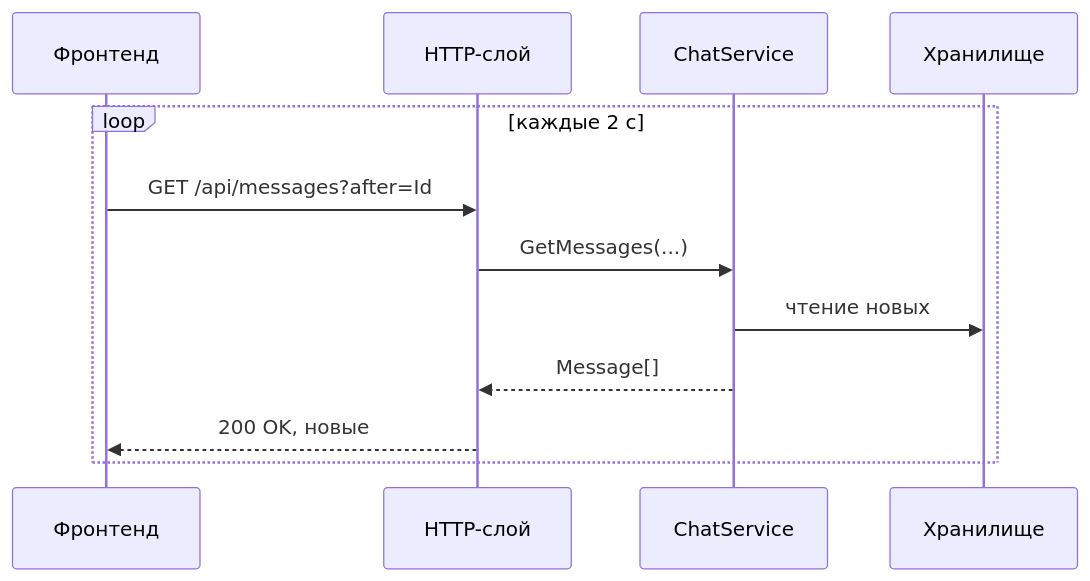
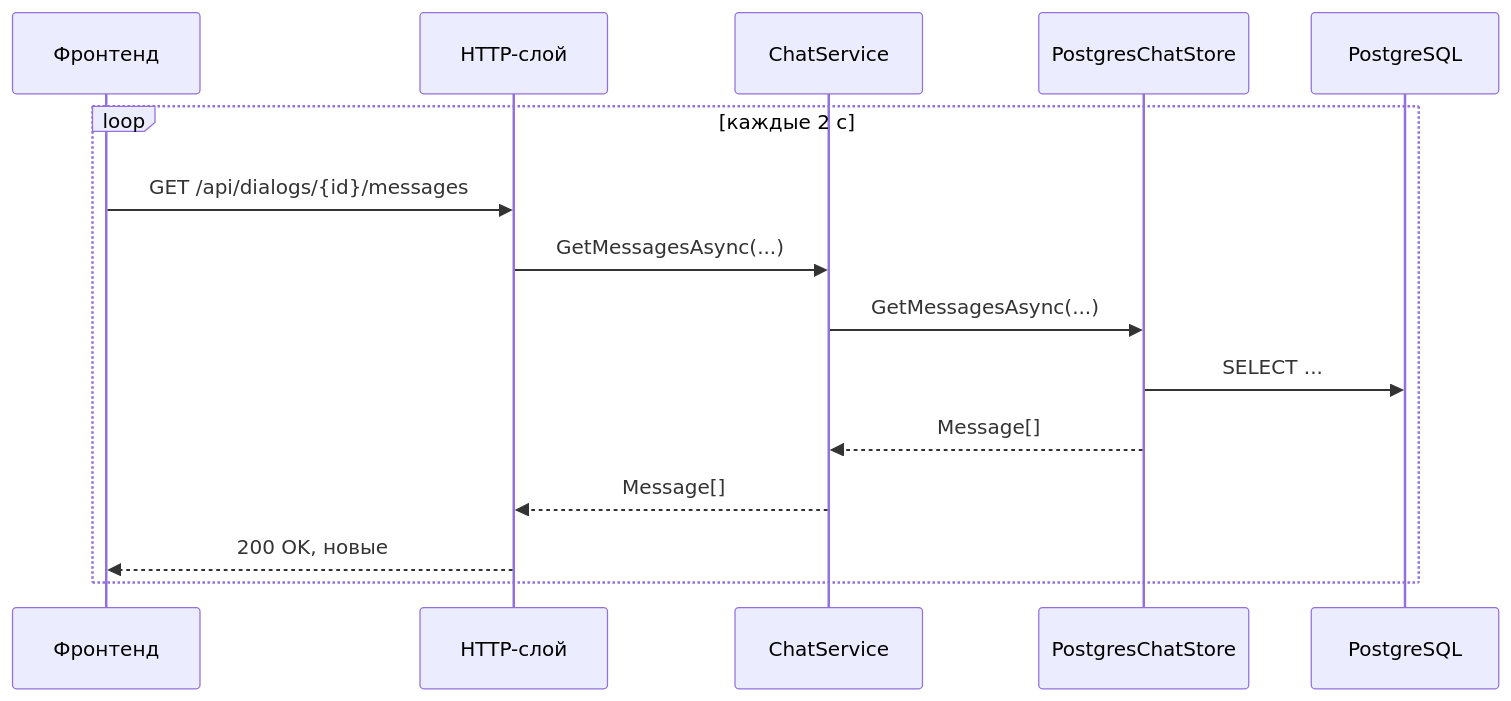
One commit to is-aidd-26/plain-old-messenger changed the diagram in docs/architecture/4-receive-message.md. Above: the diagram before and after it, drawn with Mermaid. The commit also changed other lines of this file and 23 other files, not shown here.

````diff
--- a/docs/architecture/4-receive-message.md
+++ b/docs/architecture/4-receive-message.md
@@ -5,15 +5,18 @@
 ```mermaid
 sequenceDiagram
     participant SPA as Фронтенд
     participant API as HTTP-слой
     participant Svc as ChatService
-    participant Store as Хранилище
+    participant Store as PostgresChatStore
+    participant DB as PostgreSQL
 
     loop каждые 2 с
-        SPA->>API: GET /api/messages?after=Id
-        API->>Svc: GetMessages(...)
-        Svc->>Store: чтение новых
+        SPA->>API: GET /api/dialogs/{id}/messages
+        API->>Svc: GetMessagesAsync(...)
+        Svc->>Store: GetMessagesAsync(...)
+        Store->>DB: SELECT ...
+        Store-->>Svc: Message[]
         Svc-->>API: Message[]
         API-->>SPA: 200 OK, новые
     end
 ```
````
